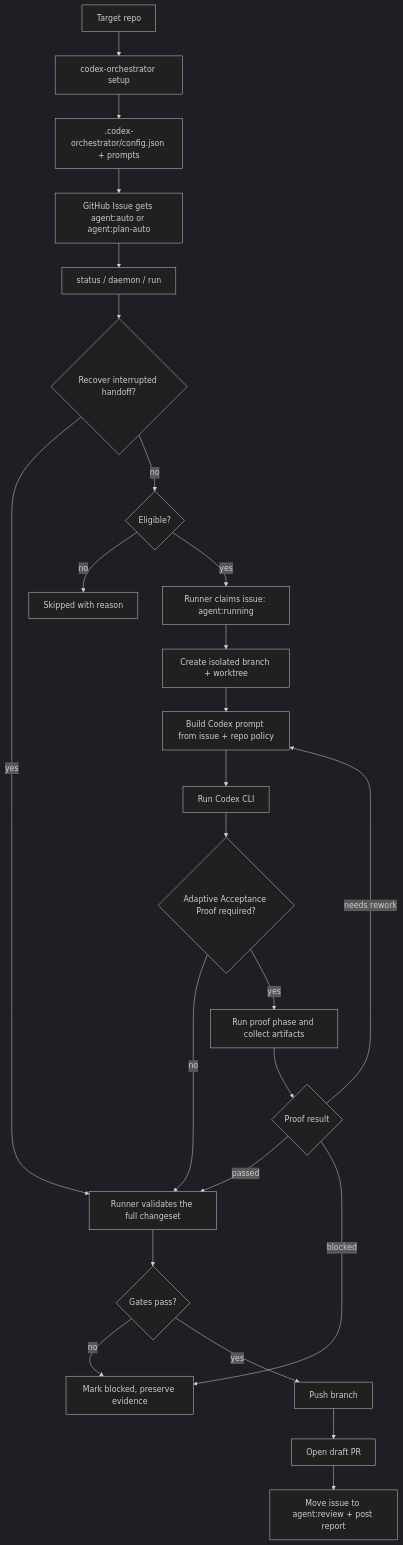
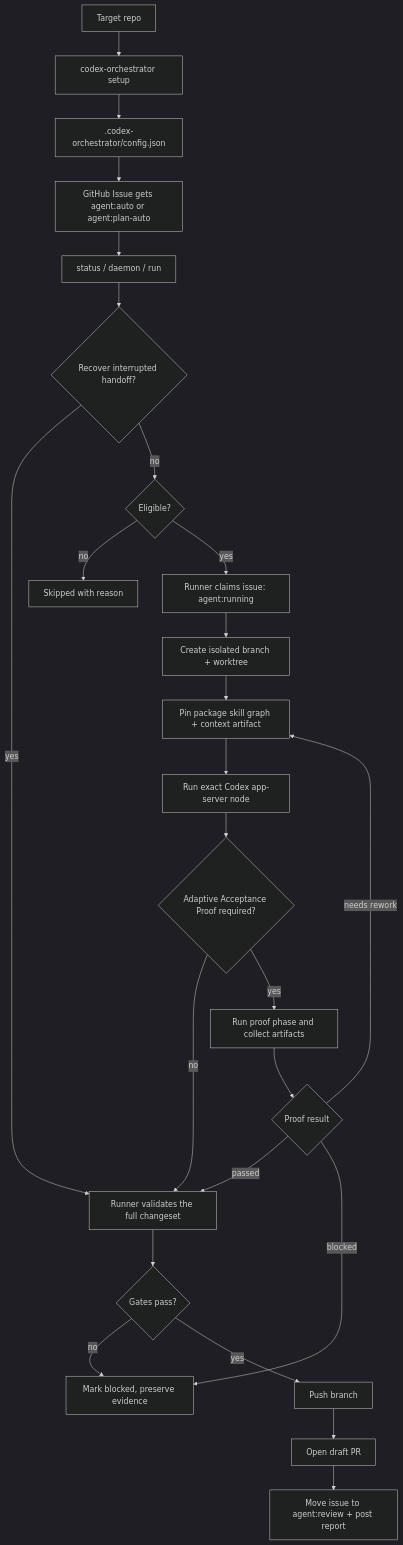
One commit to SergiiMytakii/codex-orchestrator changed the diagram in README.md. Above: the diagram before and after it, drawn with Mermaid (dark theme). The commit also changed other lines of this file and 153 other files, not shown here.

First line of the commit message:
feat: add package-owned skill runtime

````diff
--- a/README.md
+++ b/README.md
@@ -62,27 +62,27 @@
 ```mermaid
 flowchart TD
   A["Target repo"] --> B["codex-orchestrator setup"]
-  B --> C[".codex-orchestrator/config.json + prompts"]
+  B --> C[".codex-orchestrator/config.json"]
   C --> D["GitHub Issue gets agent:auto or agent:plan-auto"]
   D --> E["status / daemon / run"]
   E --> R{"Recover interrupted handoff?"}
   R -- "yes" --> L
   R -- "no" --> F{"Eligible?"}
   F -- "no" --> G["Skipped with reason"]
   F -- "yes" --> H["Runner claims issue: agent:running"]
   H --> I["Create isolated branch + worktree"]
-  I --> J["Build Codex prompt from issue + repo policy"]
-  J --> K["Run Codex CLI"]
+  I --> J["Pin package skill graph + context artifact"]
+  J --> K["Run exact Codex app-server node"]
   K --> AAP{"Adaptive Acceptance Proof required?"}
   AAP -- "no" --> L["Runner validates the full changeset"]
   AAP -- "yes" --> AP["Run proof phase and collect artifacts"]
   AP --> APR{"Proof result"}
   APR -- "passed" --> L
   APR -- "needs rework" --> J
   APR -- "blocked" --> N
   L --> M{"Gates pass?"}
   M -- "no" --> N["Mark blocked, preserve evidence"]
   M -- "yes" --> O["Push branch"]
   O --> P["Open draft PR"]
   P --> Q["Move issue to agent:review + post report"]
 ```
````
